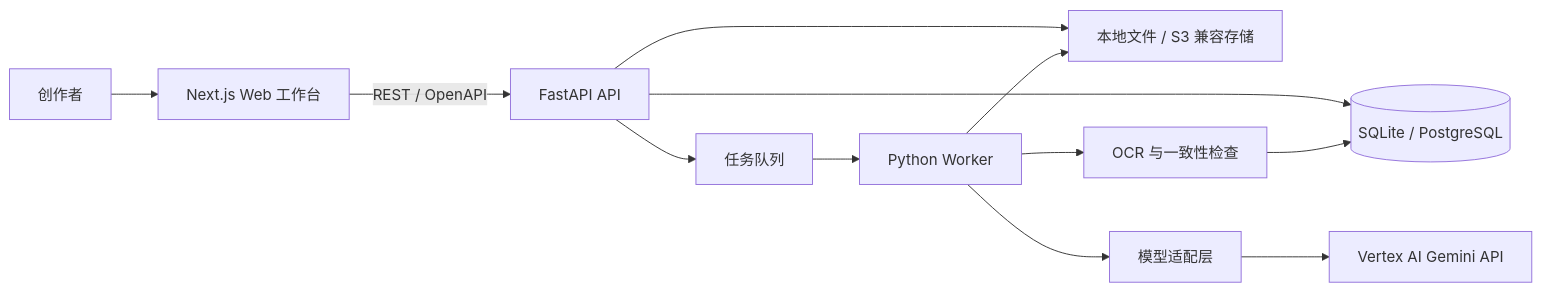
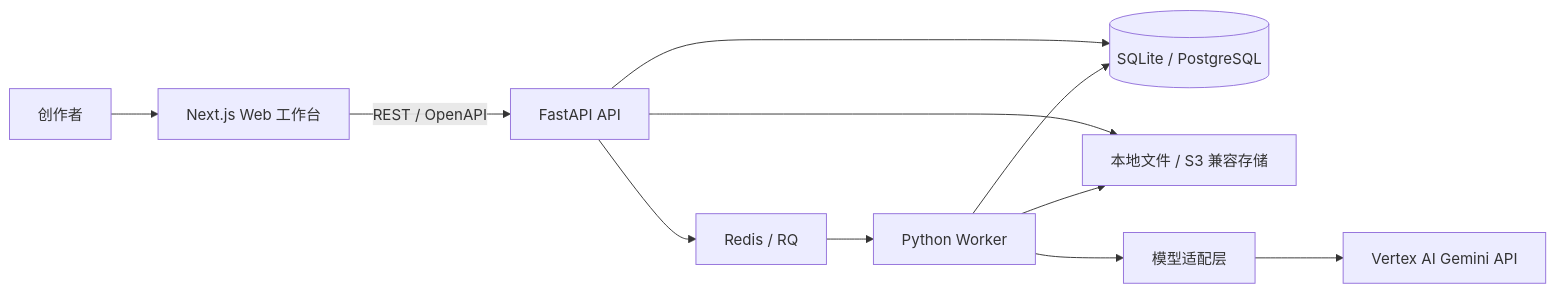
The first of 2 diagrams in docs/architecture.md (coffe01-10/MangaFlow), drawn with Mermaid before and after one commit. The commit also changed other lines of this file and 37 other files, not shown here.

````diff
--- a/docs/architecture.md
+++ b/docs/architecture.md
@@ -16,14 +9,13 @@
 ```mermaid
 flowchart LR
     U["创作者"] --> W["Next.js Web 工作台"]
     W -->|"REST / OpenAPI"| A["FastAPI API"]
     A --> D[("SQLite / PostgreSQL")]
     A --> F["本地文件 / S3 兼容存储"]
-    A --> Q["任务队列"]
+    A --> Q["Redis / RQ"]
     Q --> K["Python Worker"]
     K --> M["模型适配层"]
     M --> V["Vertex AI Gemini API"]
-    K --> O["OCR 与一致性检查"]
-    O --> D
+    K --> D
     K --> F
 ```
````
